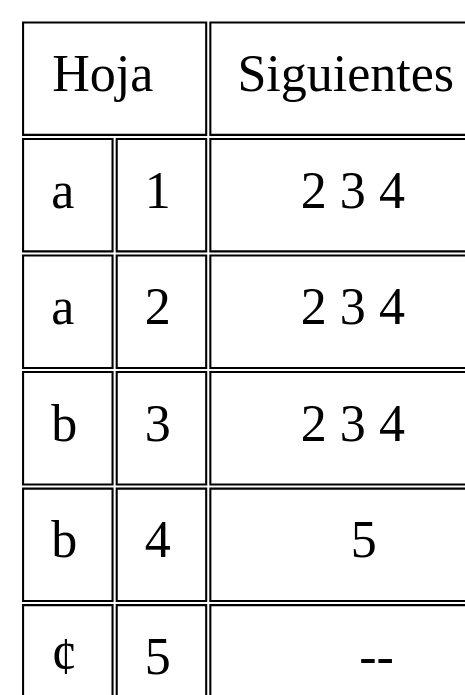
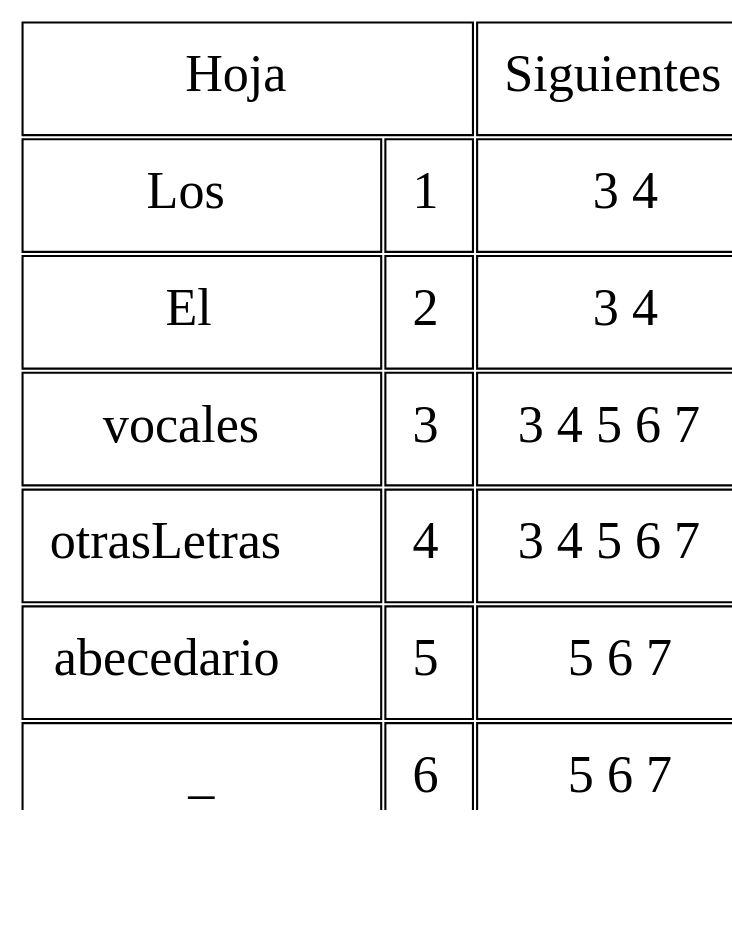
Before and after one commit to montherbasir/Practica1_OLC1: the diagram in sig_Expresion1.dot, drawn with Graphviz. The commit also changed 26 other files, not shown here.

```diff
--- a/sig_Expresion1.dot
+++ b/sig_Expresion1.dot
@@ -1,15 +1,17 @@
 digraph {
 splines="line";
 rankdir = TB;
 node [shape=plain, height=0.5, width=1.5, fontsize=25];
 graph[dpi=90];
 
 N [label=<
 <table border="0" cellborder="1" cellpadding="12">
-  <tr><td colspan="2">Hoja</td><td>Siguientes</td></tr>  <tr><td>a</td><td>1</td><td>2 3 4 </td></tr>
-  <tr><td>a</td><td>2</td><td>2 3 4 </td></tr>
-  <tr><td>b</td><td>3</td><td>2 3 4 </td></tr>
-  <tr><td>b</td><td>4</td><td>5 </td></tr>
-  <tr><td>¢</td><td>5</td><td>--</td></tr>
+  <tr><td colspan="2">Hoja</td><td>Siguientes</td></tr>  <tr><td>Los </td><td>1</td><td>3 4 </td></tr>
+  <tr><td>El </td><td>2</td><td>3 4 </td></tr>
+  <tr><td>vocales</td><td>3</td><td>3 4 5 6 7 </td></tr>
+  <tr><td>otrasLetras</td><td>4</td><td>3 4 5 6 7 </td></tr>
+  <tr><td>abecedario</td><td>5</td><td>5 6 7 </td></tr>
+  <tr><td>_</td><td>6</td><td>5 6 7 </td></tr>
+  <tr><td>¢</td><td>7</td><td>--</td></tr>
 </table>>];
 }
```
